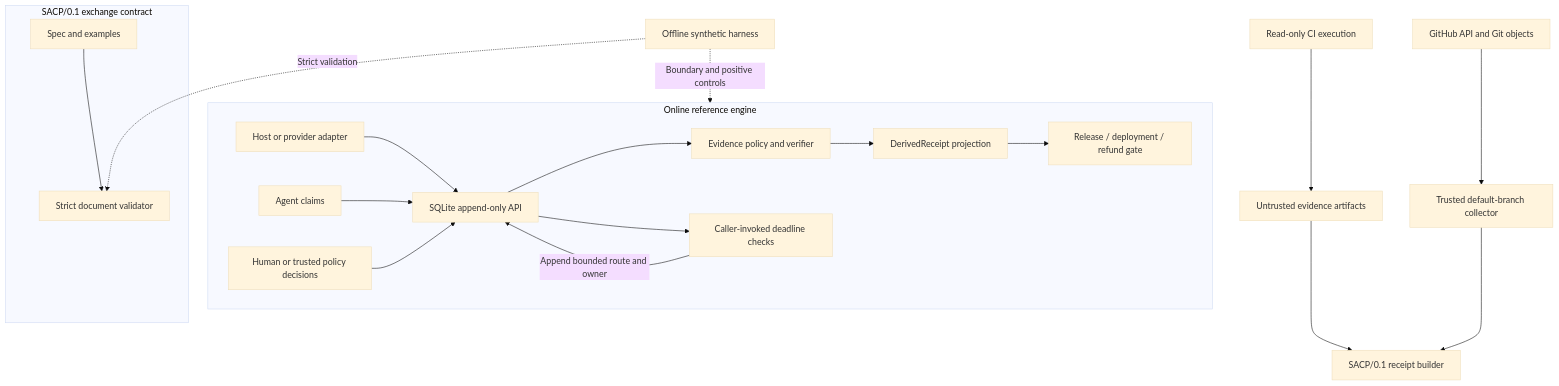
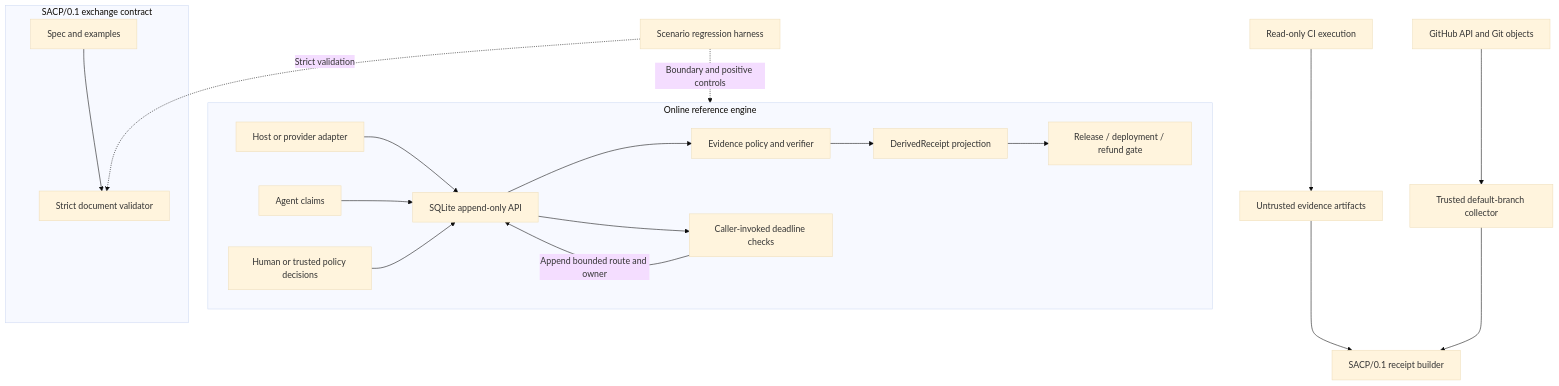
Before and after one commit to aDragon0707/sacp: the diagram in docs/architecture.md, drawn with Mermaid (base theme). The commit also changed other lines of this file and 8 other files, not shown here.

````diff
--- a/docs/architecture.md
+++ b/docs/architecture.md
@@ -9,22 +9,22 @@
 ```mermaid
 flowchart TB
     subgraph Contract[SACP/0.1 exchange contract]
         Spec[Spec and examples] --> Validator[Strict document validator]
     end
     subgraph Runtime[Online reference engine]
         Adapter[Host or provider adapter] --> Store[SQLite append-only API]
         Agent[Agent claims] --> Store
         Authority[Human or trusted policy decisions] --> Store
         Store --> Policy[Evidence policy and verifier]
         Policy --> Receipt[DerivedReceipt projection]
         Receipt --> Gate[Release / deployment / refund gate]
         Store --> Reconciler[Caller-invoked deadline checks]
         Reconciler -->|Append bounded route and owner| Store
     end
-    Harness[Offline synthetic harness] -. Boundary and positive controls .-> Runtime
+    Harness[Scenario regression harness] -. Boundary and positive controls .-> Runtime
     Harness -. Strict validation .-> Validator
     CI[Read-only CI execution] --> Artifacts[Untrusted evidence artifacts]
     GitHub[GitHub API and Git objects] --> Collector[Trusted default-branch collector]
     Artifacts --> Builder[SACP/0.1 receipt builder]
     Collector --> Builder
 ```
````
